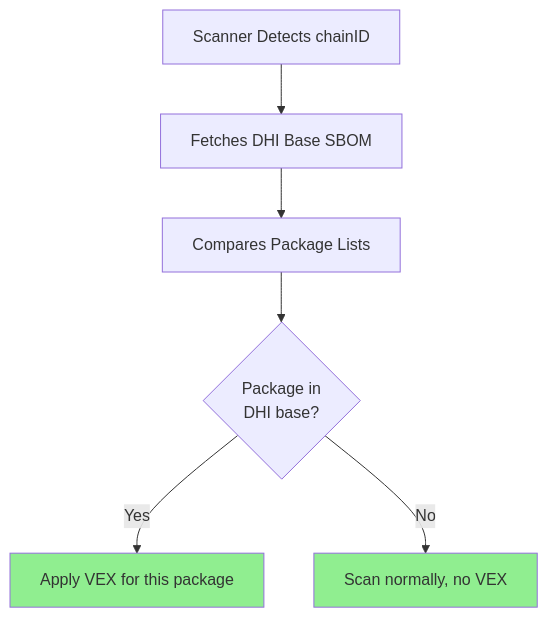
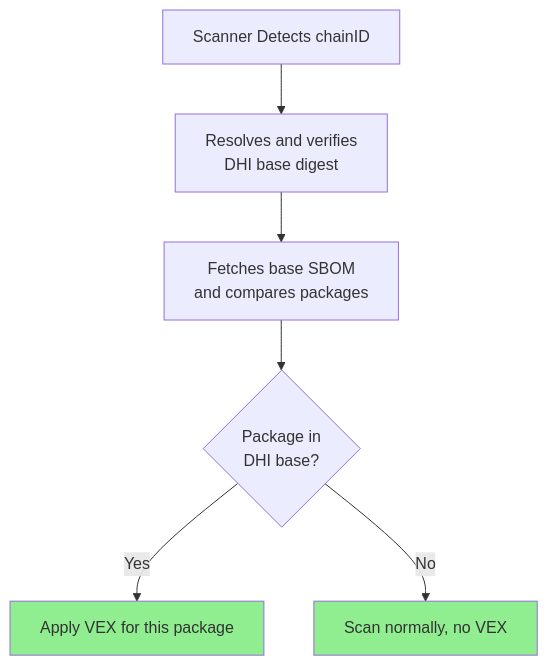
The ninth of 9 diagrams in integration/current-production/docs/decision-trees.md (docker-hardened-images/advisories), drawn with Mermaid before and after one commit. The commit also changed other lines of this file and 11 other files, not shown here.

Commit message:
docs: explain derived DHI base discovery

````diff
--- a/integration/current-production/docs/decision-trees.md
+++ b/integration/current-production/docs/decision-trees.md
@@ -261,11 +273,11 @@
 ```mermaid
 graph TD
-    A[Scanner Detects chainID] --> B[Fetches DHI Base SBOM]
-    B --> C[Compares Package Lists]
+    A[Scanner Detects chainID] --> B[Resolves and verifies<br/>DHI base digest]
+    B --> C[Fetches base SBOM<br/>and compares packages]
     C --> D{Package in<br/>DHI base?}
     D -->|Yes| E[Apply VEX for this package]
     D -->|No| F[Scan normally, no VEX]
     
     style E fill:#90EE90
     style F fill:#90EE90
 ```
````
